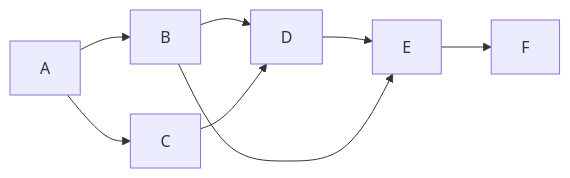
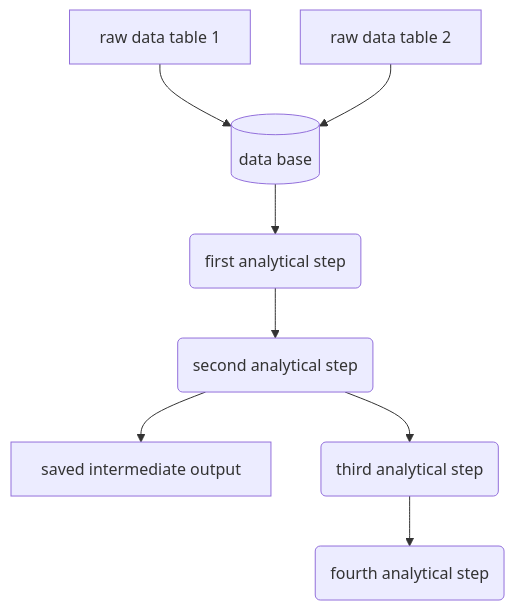
The diagram in classes/WorkflowDiagrams/mermaid_demo.md (analyticalworkflows/TeachingMaterials), drawn with Mermaid before and after one commit.

````diff
--- a/classes/WorkflowDiagrams/mermaid_demo.md
+++ b/classes/WorkflowDiagrams/mermaid_demo.md
@@ -5,11 +5,11 @@
 ```mermaid
 
-graph LR;
-      A-->B;
-      A-->C;
-      B-->D;
-      C-->D;
-      D-->E;
-      E-->F;
-      B-->E;
+graph TD;
+      A[raw data table 1]-->C[(data base)];
+      B[raw data table 2]-->C;
+      C-->D(first analytical step);
+      D-->E(second analytical step);
+      E-->F[saved intermediate output];
+      E-->G(third analytical step);
+      G-->H(fourth analytical step);
 ```
````
